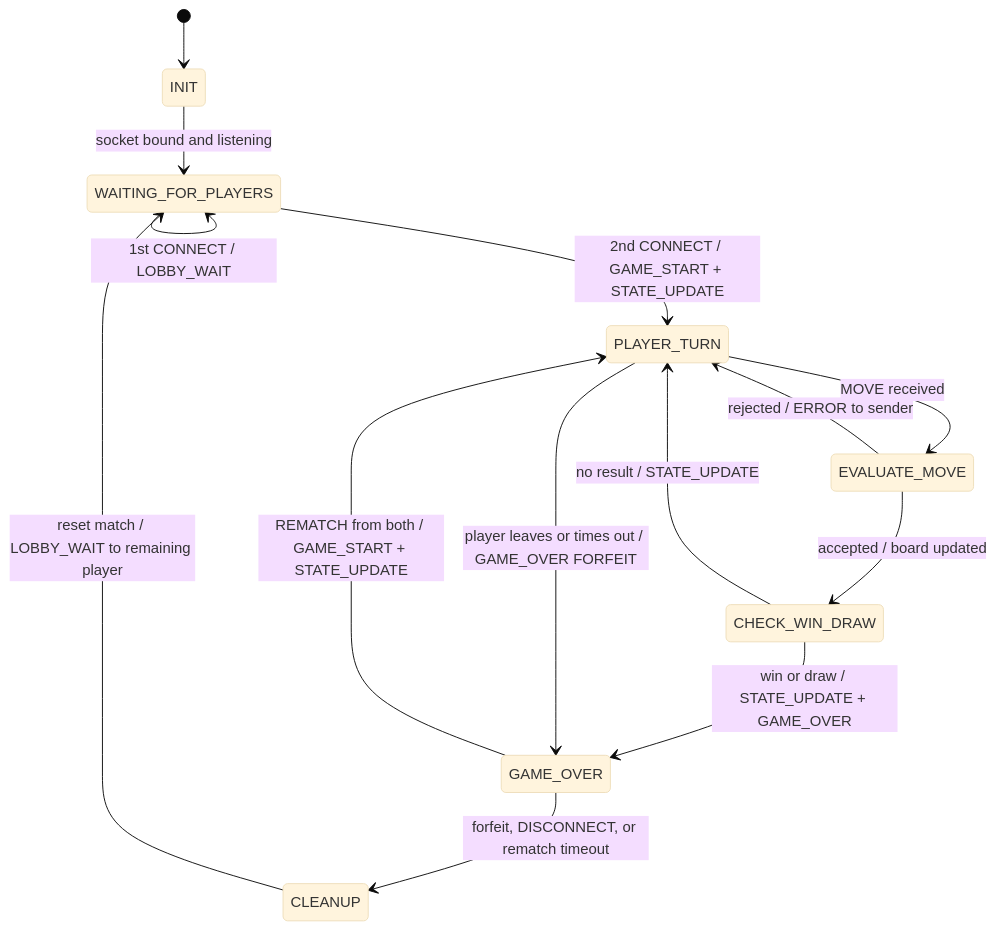
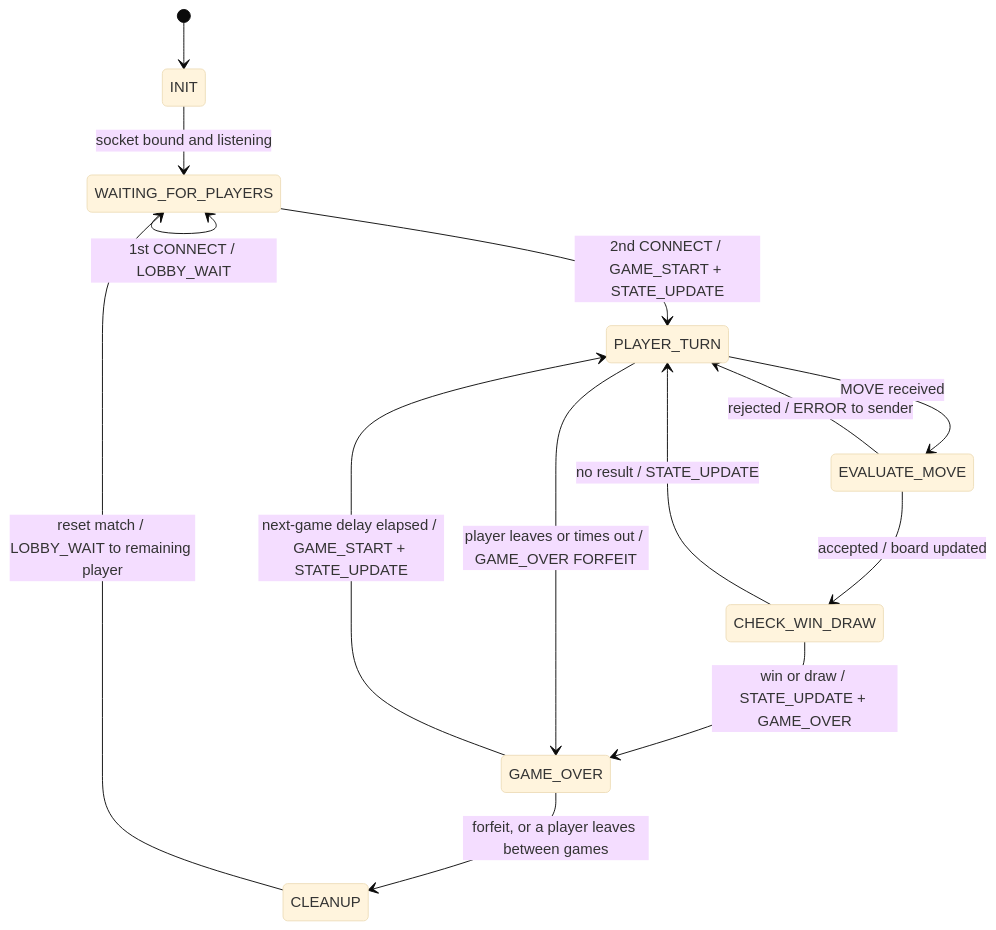
One commit to Lirae333/TicTacToe changed the diagram in docs/protocol_blueprint.md. Above: the diagram before and after it, drawn with Mermaid (base theme). The commit also changed other lines of this file, not shown here.

````diff
--- a/docs/protocol_blueprint.md
+++ b/docs/protocol_blueprint.md
@@ -518,16 +703,16 @@
 ```mermaid
 stateDiagram-v2
     [*] --> INIT
     INIT --> WAITING_FOR_PLAYERS : socket bound and listening
     WAITING_FOR_PLAYERS --> WAITING_FOR_PLAYERS : 1st CONNECT / LOBBY_WAIT
     WAITING_FOR_PLAYERS --> PLAYER_TURN : 2nd CONNECT / GAME_START + STATE_UPDATE
     PLAYER_TURN --> EVALUATE_MOVE : MOVE received
     EVALUATE_MOVE --> PLAYER_TURN : rejected / ERROR to sender
     EVALUATE_MOVE --> CHECK_WIN_DRAW : accepted / board updated
     CHECK_WIN_DRAW --> PLAYER_TURN : no result / STATE_UPDATE
     CHECK_WIN_DRAW --> GAME_OVER : win or draw / STATE_UPDATE + GAME_OVER
     PLAYER_TURN --> GAME_OVER : player leaves or times out / GAME_OVER FORFEIT
-    GAME_OVER --> PLAYER_TURN : REMATCH from both / GAME_START + STATE_UPDATE
-    GAME_OVER --> CLEANUP : forfeit, DISCONNECT, or rematch timeout
+    GAME_OVER --> PLAYER_TURN : next-game delay elapsed / GAME_START + STATE_UPDATE
+    GAME_OVER --> CLEANUP : forfeit, or a player leaves between games
     CLEANUP --> WAITING_FOR_PLAYERS : reset match / LOBBY_WAIT to remaining player
 ```
````
